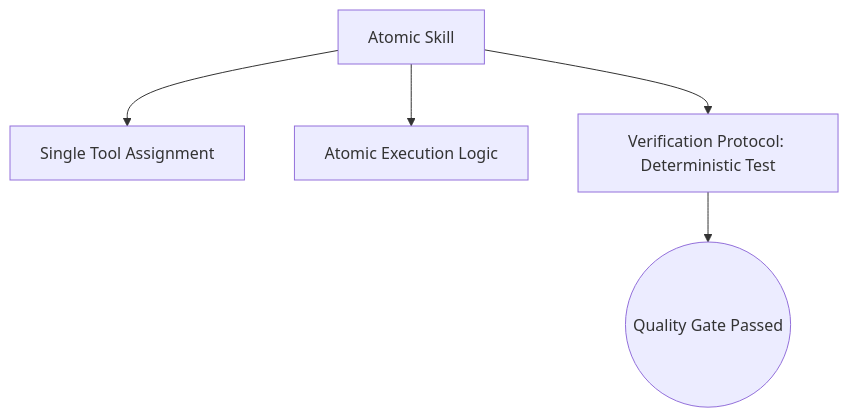
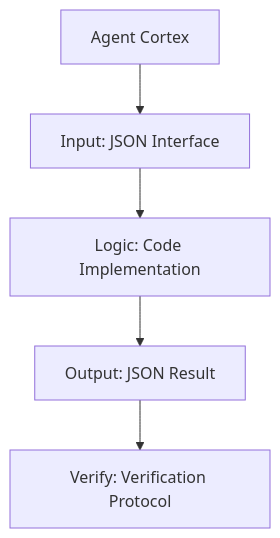
One commit to Gizmo4Life/ai-kernel changed the diagram in standards/skill-file.standard.md. Above: the diagram before and after it, drawn with Mermaid. The commit also changed other lines of this file and 5 other files, not shown here.

Commit message:
Diamond Logic: Implement Code-Backed Skills and Global Structural Integrity (v4.2.3)

````diff
--- a/standards/skill-file.standard.md
+++ b/standards/skill-file.standard.md
@@ -19,7 +19,7 @@
 ```mermaid
 graph TD
-    Skill[Atomic Skill] --> Tool[Single Tool Assignment]
-    Skill --> Logic[Atomic Execution Logic]
-    Skill --> Protocol[Verification Protocol: Deterministic Test]
-    Protocol --> End((Quality Gate Passed))
+    Agent[Agent Cortex] --> Input[Input: JSON Interface]
+    Input --> Logic[Logic: Code Implementation]
+    Logic --> Output[Output: JSON Result]
+    Output --> Verify[Verify: Verification Protocol]
 ```
````
